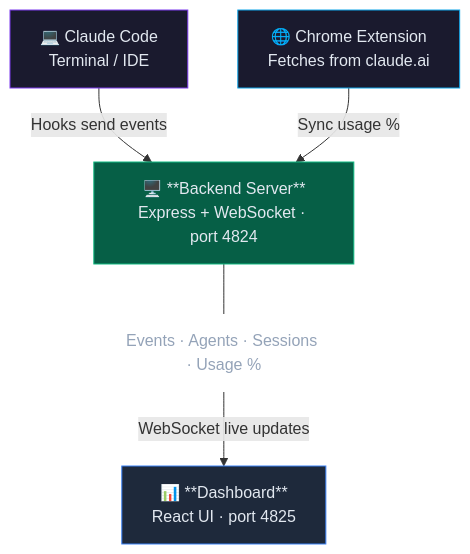
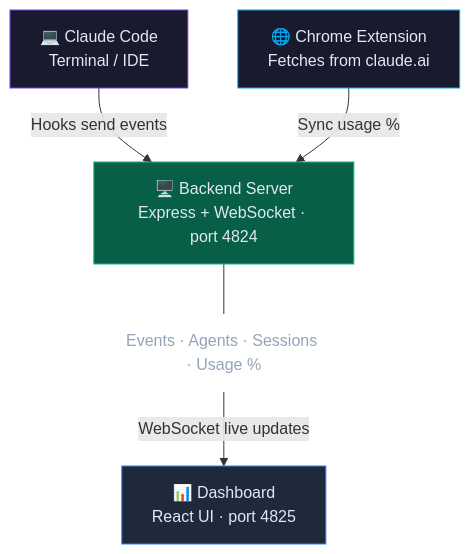
The diagram in README.md (suparerk9x/Oh-My-Claude), drawn with Mermaid before and after one commit. The commit also changed other lines of this file and 1 other file, not shown here.

````diff
--- a/README.md
+++ b/README.md
@@ -245,22 +226,22 @@
 ```mermaid
 flowchart TD
     CC["💻 Claude Code\nTerminal / IDE"]
     CE["🌐 Chrome Extension\nFetches from claude.ai"]
 
     CC -->|"Hooks send events"| BS
     CE -->|"Sync usage %"| BS
 
-    BS["🖥️ **Backend Server**\nExpress + WebSocket · port 4824"]
+    BS["🖥️ Backend Server\nExpress + WebSocket · port 4824"]
 
     BS --- Data["Events · Agents · Sessions · Usage %"]
 
     Data -->|"WebSocket live updates"| DB
 
-    DB["📊 **Dashboard**\nReact UI · port 4825"]
+    DB["📊 Dashboard\nReact UI · port 4825"]
 
     style CC fill:#1a1a2e,stroke:#7c3aed,color:#e2e8f0
     style CE fill:#1a1a2e,stroke:#0ea5e9,color:#e2e8f0
     style BS fill:#065f46,stroke:#10b981,color:#e2e8f0
     style Data fill:none,stroke:none,color:#94a3b8
     style DB fill:#1e293b,stroke:#3b82f6,color:#e2e8f0
 ```
````
